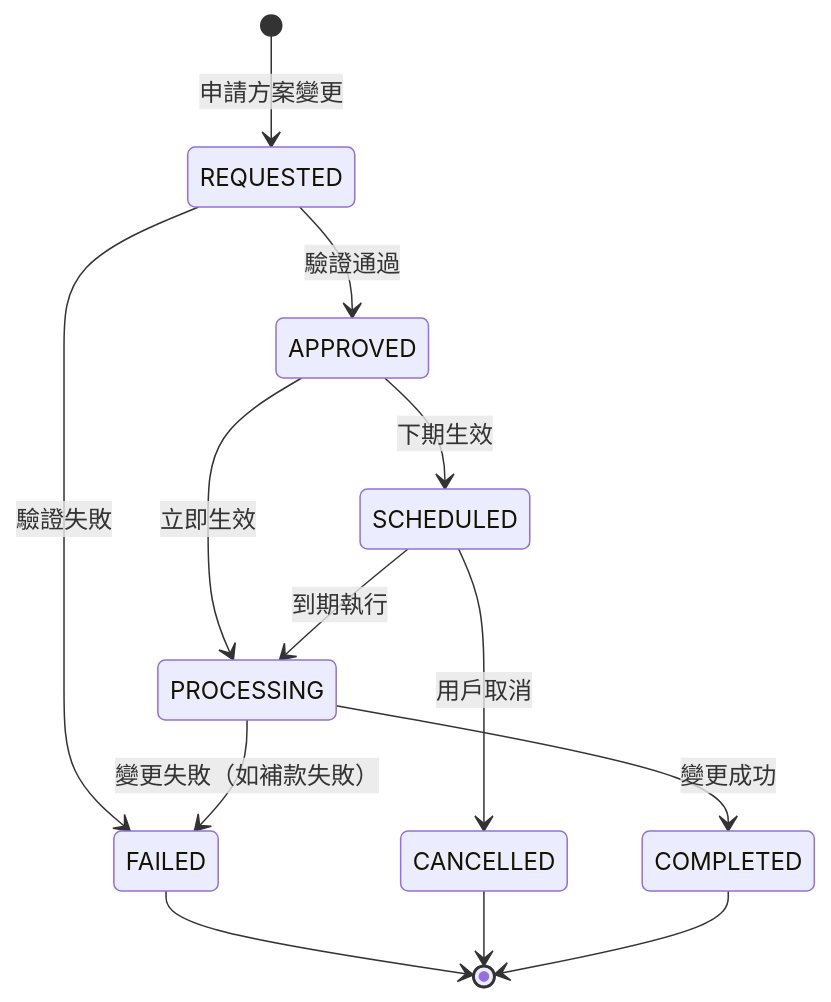
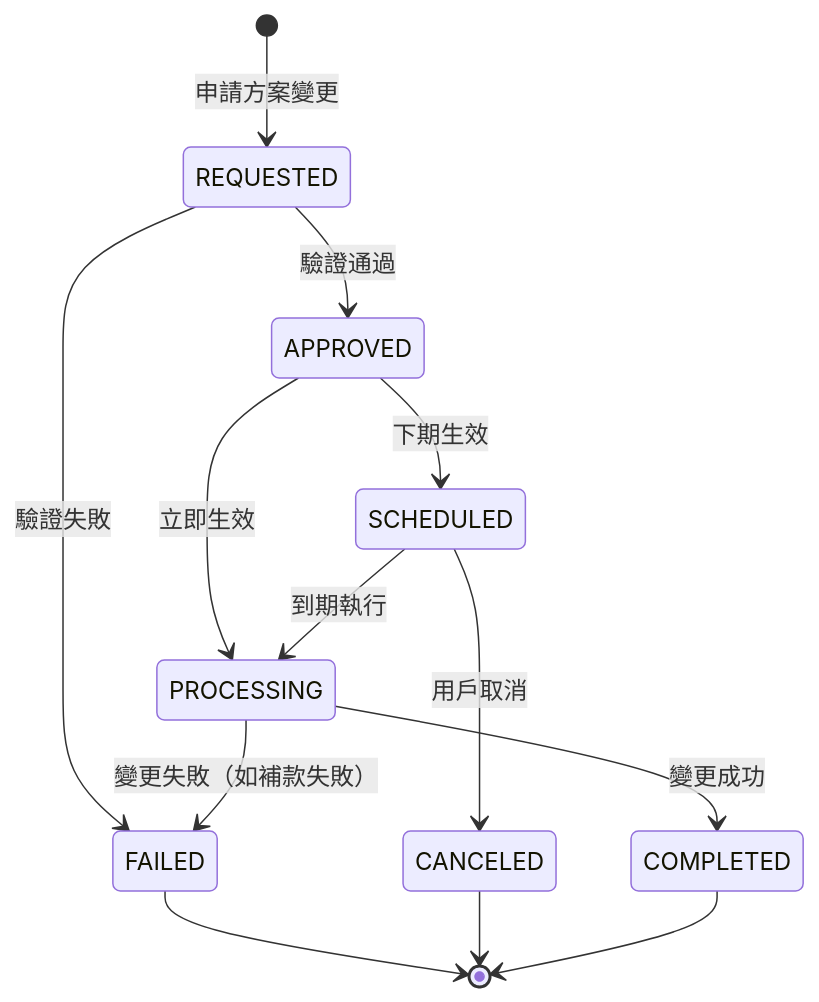
One commit to xxxhand/auto-payment-sample changed the fourth of 4 diagrams in docs/architecture/state-machine.md. Above: the diagram before and after it, drawn with Mermaid. The commit also changed other lines of this file and 7 other files, not shown here.

````diff
--- a/docs/architecture/state-machine.md
+++ b/docs/architecture/state-machine.md
@@ -294,20 +305,20 @@
 ```mermaid
 stateDiagram-v2
     [*] --> REQUESTED : 申請方案變更
     
     REQUESTED --> APPROVED : 驗證通過
     REQUESTED --> FAILED : 驗證失敗
     
     APPROVED --> PROCESSING : 立即生效
     APPROVED --> SCHEDULED : 下期生效
     
     SCHEDULED --> PROCESSING : 到期執行
-    SCHEDULED --> CANCELLED : 用戶取消
+  SCHEDULED --> CANCELED : 用戶取消
     
     PROCESSING --> COMPLETED : 變更成功
     PROCESSING --> FAILED : 變更失敗（如補款失敗）
     
     FAILED --> [*]
-    CANCELLED --> [*]
+  CANCELED --> [*]
     COMPLETED --> [*]
 ```
````
